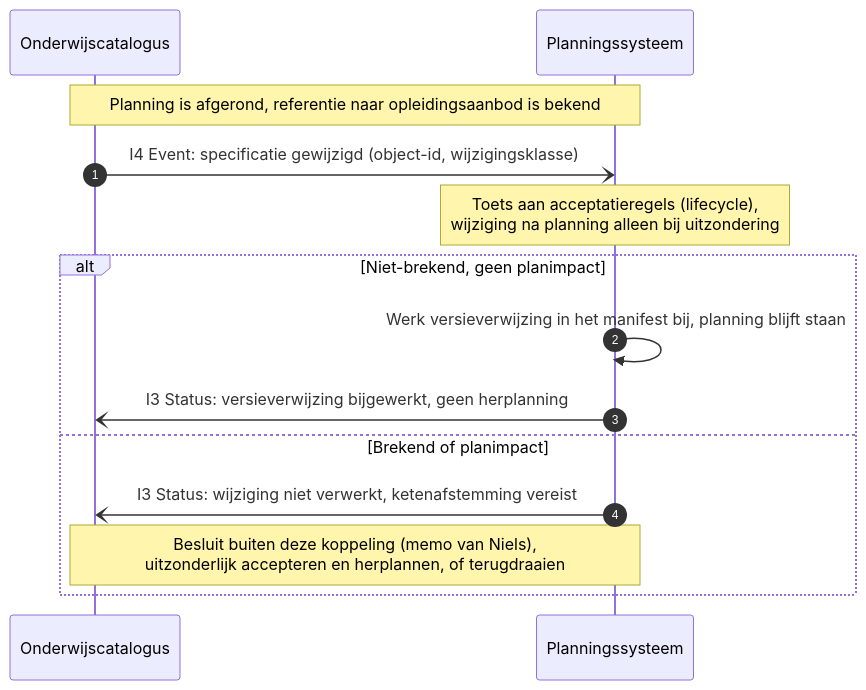
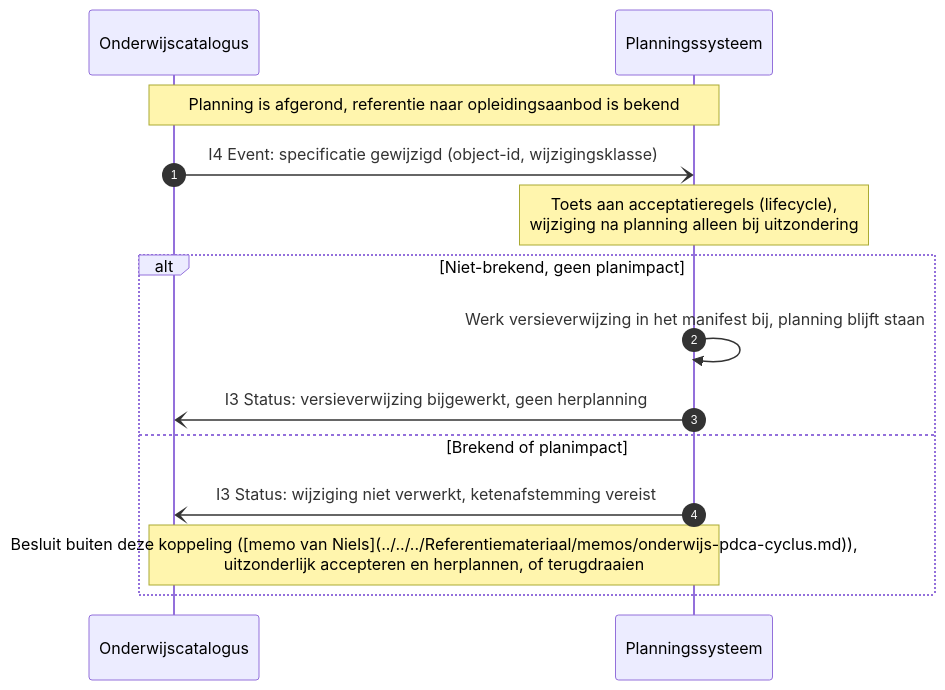
One commit to Npuls-OKx/Public changed the sixth of 7 diagrams in Koppelvlakspecificaties/Koppelingspecificaties/oc-p-en-r/koppelingspecificatie-oc-p-en-r.md. Above: the diagram before and after it, drawn with Mermaid. The commit also changed other lines of this file and 7 other files, not shown here.

````diff
--- a/Koppelvlakspecificaties/Koppelingspecificaties/oc-p-en-r/koppelingspecificatie-oc-p-en-r.md
+++ b/Koppelvlakspecificaties/Koppelingspecificaties/oc-p-en-r/koppelingspecificatie-oc-p-en-r.md
@@ -228,17 +228,17 @@
 ```mermaid
 sequenceDiagram
     autonumber
     participant OC as Onderwijscatalogus
     participant P as Planningssysteem
 
     Note over OC,P: Planning is afgerond, referentie naar opleidingsaanbod is bekend
     OC-)P: I4 Event: specificatie gewijzigd (object-id, wijzigingsklasse)
     Note over P: Toets aan acceptatieregels (lifecycle),<br/>wijziging na planning alleen bij uitzondering
     alt Niet-brekend, geen planimpact
         P->>P: Werk versieverwijzing in het manifest bij, planning blijft staan
         P-)OC: I3 Status: versieverwijzing bijgewerkt, geen herplanning
     else Brekend of planimpact
         P-)OC: I3 Status: wijziging niet verwerkt, ketenafstemming vereist
-        Note over OC,P: Besluit buiten deze koppeling (memo van Niels),<br/>uitzonderlijk accepteren en herplannen, of terugdraaien
+        Note over OC,P: Besluit buiten deze koppeling ([memo van Niels](../../../Referentiemateriaal/memos/onderwijs-pdca-cyclus.md)),<br/>uitzonderlijk accepteren en herplannen, of terugdraaien
     end
 ```
````
